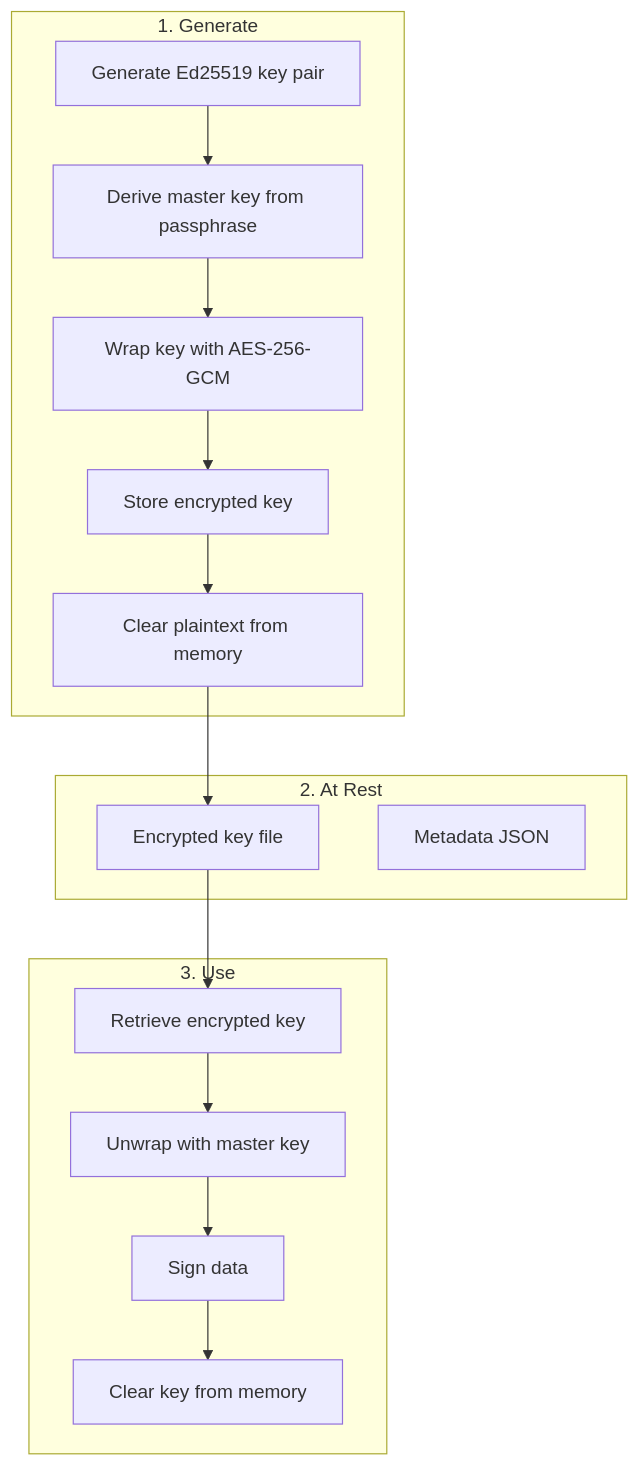
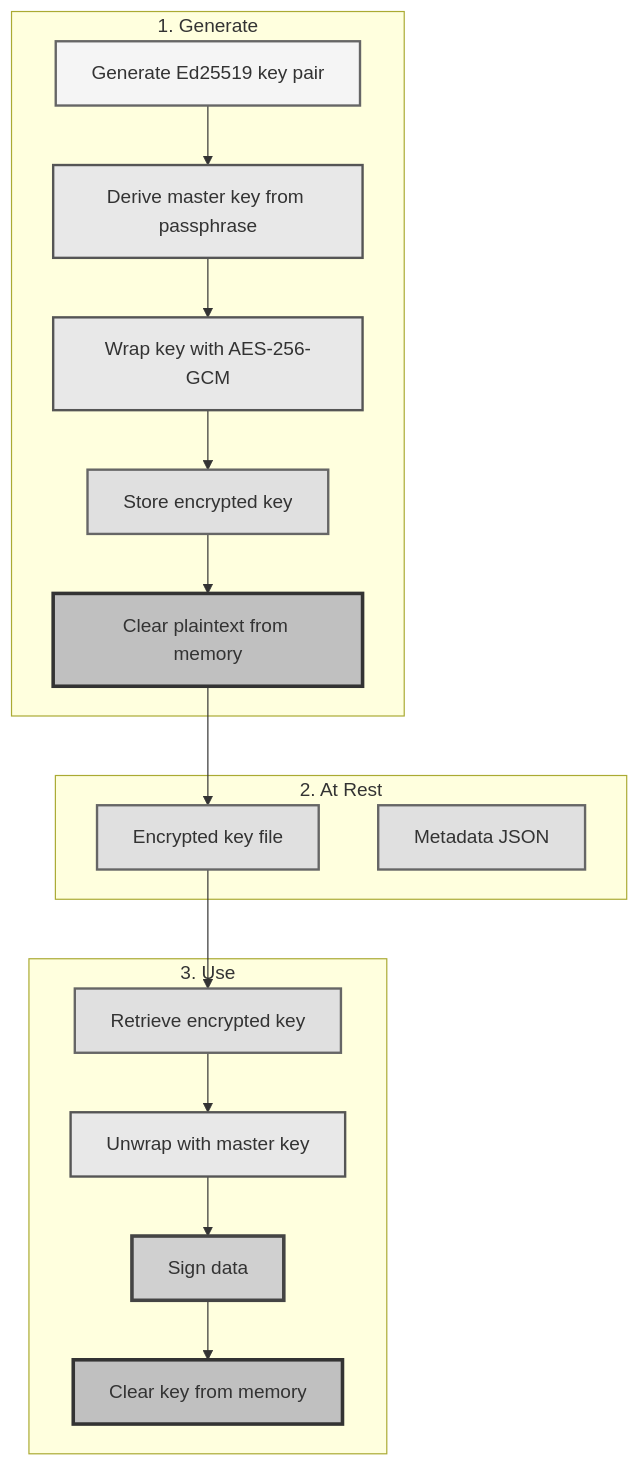
One commit to ehanoc/softKMS changed the sixth of 7 diagrams in docs/CLI_DAEMON_ARCHITECTURE.md. Above: the diagram before and after it, drawn with Mermaid. The commit also changed other lines of this file and 3 other files, not shown here.

First line of the commit message:
docs: Standardize all Mermaid diagrams with muted grayscale colors

````diff
--- a/docs/CLI_DAEMON_ARCHITECTURE.md
+++ b/docs/CLI_DAEMON_ARCHITECTURE.md
@@ -173,25 +173,37 @@
 ```mermaid
 flowchart TB
     subgraph Generate["1. Generate"]
         G1[Generate Ed25519 key pair]
         G2[Derive master key from passphrase]
         G3[Wrap key with AES-256-GCM]
         G4[Store encrypted key]
         G5[Clear plaintext from memory]
     end
     
     subgraph Rest["2. At Rest"]
         R1[Encrypted key file]
         R2[Metadata JSON]
     end
     
     subgraph Use["3. Use"]
         U1[Retrieve encrypted key]
         U2[Unwrap with master key]
         U3[Sign data]
         U4[Clear key from memory]
     end
     
     G1 --> G2 --> G3 --> G4 --> G5 --> R1
     R1 --> U1 --> U2 --> U3 --> U4
+
+    style G1 fill:#f5f5f5,stroke:#666,stroke-width:2px
+    style G2 fill:#e8e8e8,stroke:#555,stroke-width:2px
+    style G3 fill:#e8e8e8,stroke:#555,stroke-width:2px
+    style G4 fill:#e0e0e0,stroke:#666,stroke-width:2px
+    style G5 fill:#c0c0c0,stroke:#333,stroke-width:3px
+    style R1 fill:#e0e0e0,stroke:#666,stroke-width:2px
+    style R2 fill:#e0e0e0,stroke:#666,stroke-width:2px
+    style U1 fill:#e0e0e0,stroke:#666,stroke-width:2px
+    style U2 fill:#e8e8e8,stroke:#555,stroke-width:2px
+    style U3 fill:#d0d0d0,stroke:#444,stroke-width:3px
+    style U4 fill:#c0c0c0,stroke:#333,stroke-width:3px
 ```
````
